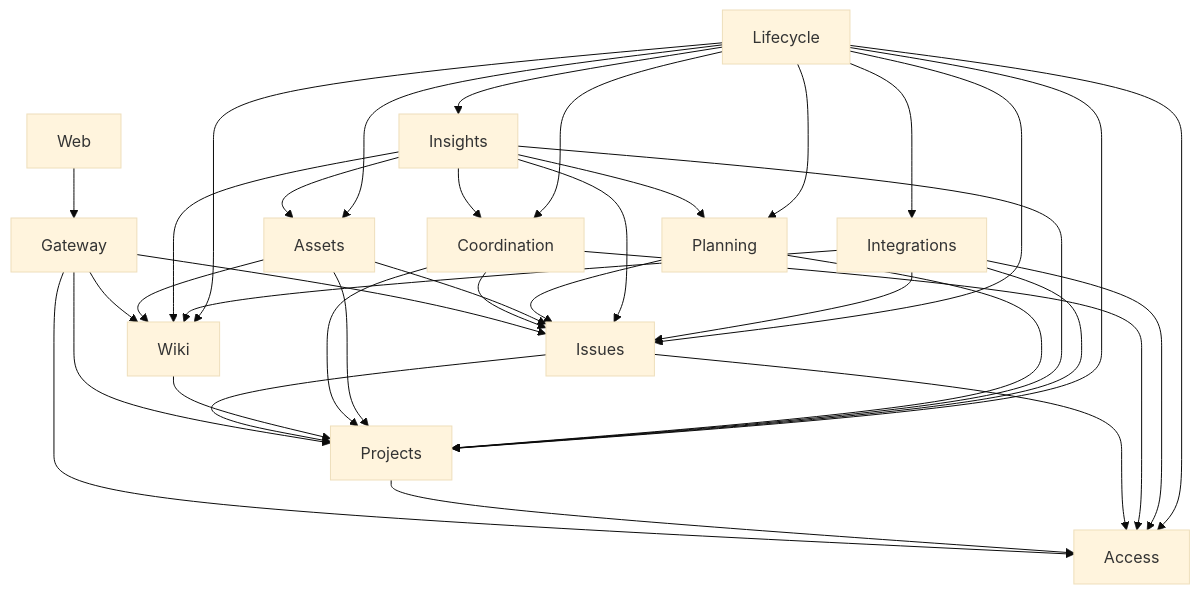
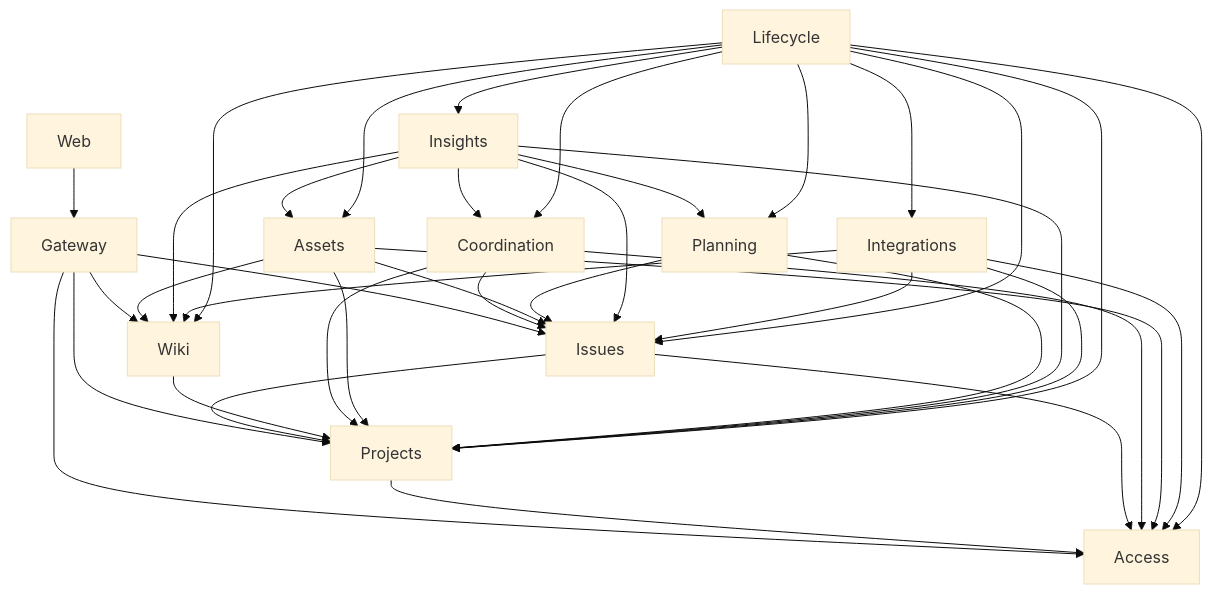
One commit to cer12u/projektor changed the diagram in docs/architecture/rewrite-plan.md. Above: the diagram before and after it, drawn with Mermaid (base theme). The commit also changed other lines of this file and 24 other files, not shown here.

````diff
--- a/docs/architecture/rewrite-plan.md
+++ b/docs/architecture/rewrite-plan.md
@@ -135,39 +135,40 @@
 ```mermaid
 flowchart TD
   Web --> Gateway
   Gateway --> Access
   Gateway --> Projects
   Gateway --> Issues
   Gateway --> Wiki
   Projects --> Access
   Issues --> Projects
   Issues --> Access
   Wiki --> Projects
   Coordination --> Issues
   Coordination --> Projects
   Coordination --> Access
   Assets --> Issues
   Assets --> Wiki
   Assets --> Projects
+  Assets --> Access
   Planning --> Issues
   Planning --> Projects
   Insights --> Coordination
   Insights --> Planning
   Insights --> Assets
   Insights --> Issues
   Insights --> Wiki
   Insights --> Projects
   Integrations --> Issues
   Integrations --> Wiki
   Integrations --> Projects
   Integrations --> Access
   Lifecycle --> Integrations
   Lifecycle --> Insights
   Lifecycle --> Assets
   Lifecycle --> Coordination
   Lifecycle --> Planning
   Lifecycle --> Issues
   Lifecycle --> Wiki
   Lifecycle --> Projects
   Lifecycle --> Access
 ```
````
